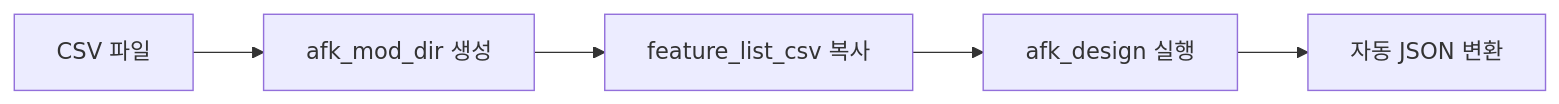
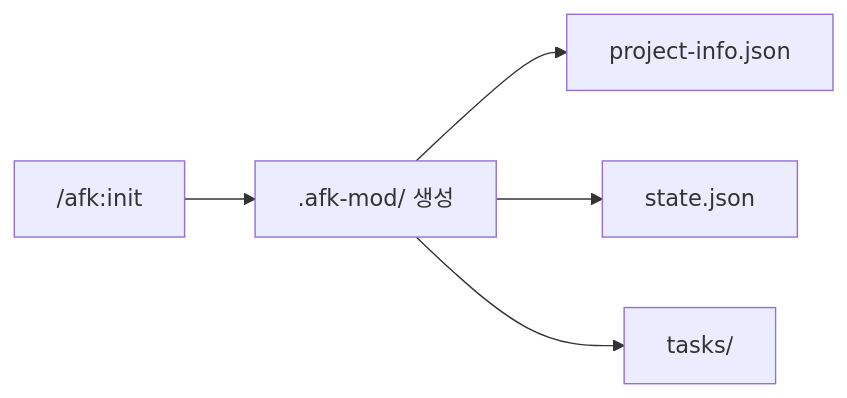
The third of 6 diagrams in docs/getting-started.md (robinseo/afk-mod), drawn with Mermaid before and after one commit. The commit also changed other lines of this file and 11 other files, not shown here.

````diff
--- a/docs/getting-started.md
+++ b/docs/getting-started.md
@@ -83,7 +67,7 @@
 ```mermaid
 flowchart LR
-    A[CSV 파일] --> B[afk_mod_dir 생성]
-    B --> C[feature_list_csv 복사]
-    C --> D[afk_design 실행]
-    D --> E[자동 JSON 변환]
+    A["/afk:init"] --> B[".afk-mod/ 생성"]
+    B --> C["project-info.json"]
+    B --> D["state.json"]
+    B --> E["tasks/"]
 ```
````
